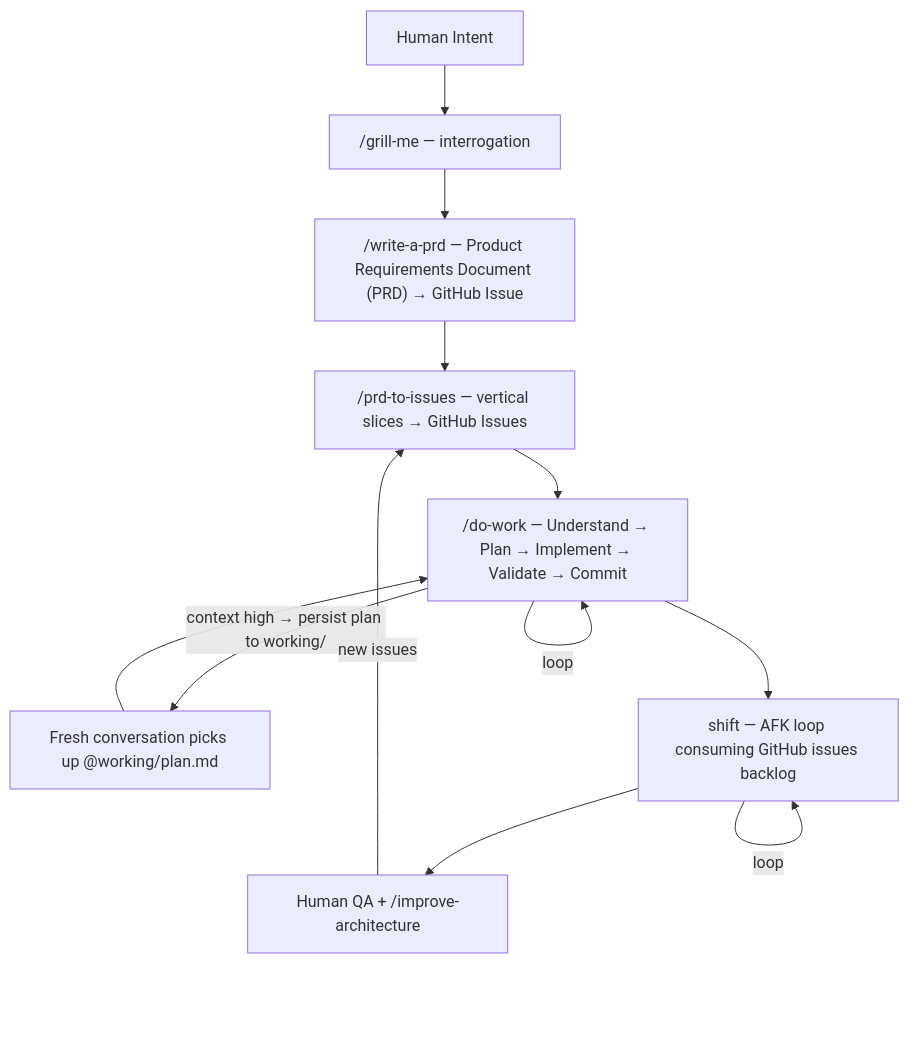
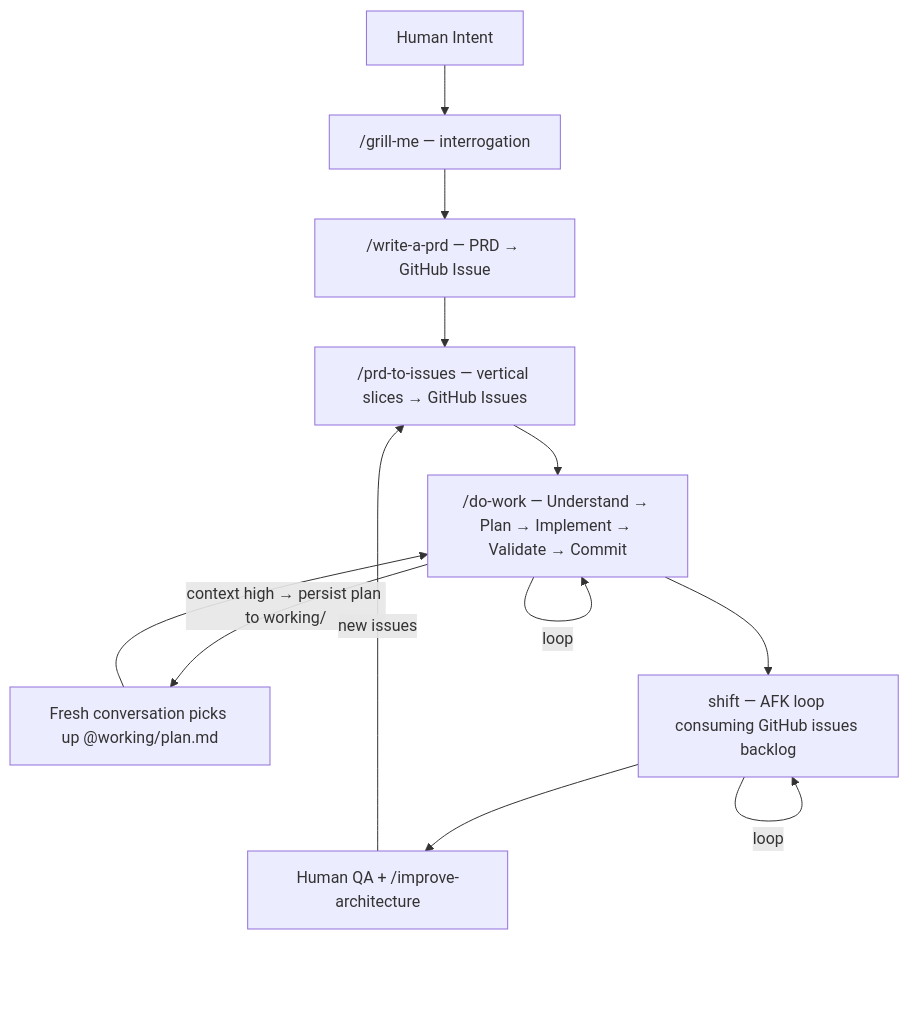
One commit to arndvs/ctrlshft changed the diagram in README.md. Above: the diagram before and after it, drawn with Mermaid. The commit also changed other lines of this file, not shown here.

````diff
--- a/README.md
+++ b/README.md
@@ -24,14 +34,14 @@
 ```mermaid
 graph TD
     A[Human Intent] --> B["/grill-me — interrogation"]
-    B --> C["/write-a-prd — Product Requirements Document (PRD) → GitHub Issue"]
+    B --> C["/write-a-prd — PRD → GitHub Issue"]
     C --> D["/prd-to-issues — vertical slices → GitHub Issues"]
     D --> E["/do-work — Understand → Plan → Implement → Validate → Commit"]
     E -->|loop| E
     E -->|"context high → persist plan to working/"| H["Fresh conversation picks up @working/plan.md"]
     H --> E
     E --> F["shift — AFK loop consuming GitHub issues backlog"]
     F -->|loop| F
     F --> G["Human QA + /improve-architecture"]
     G -->|new issues| D
 ```
````
